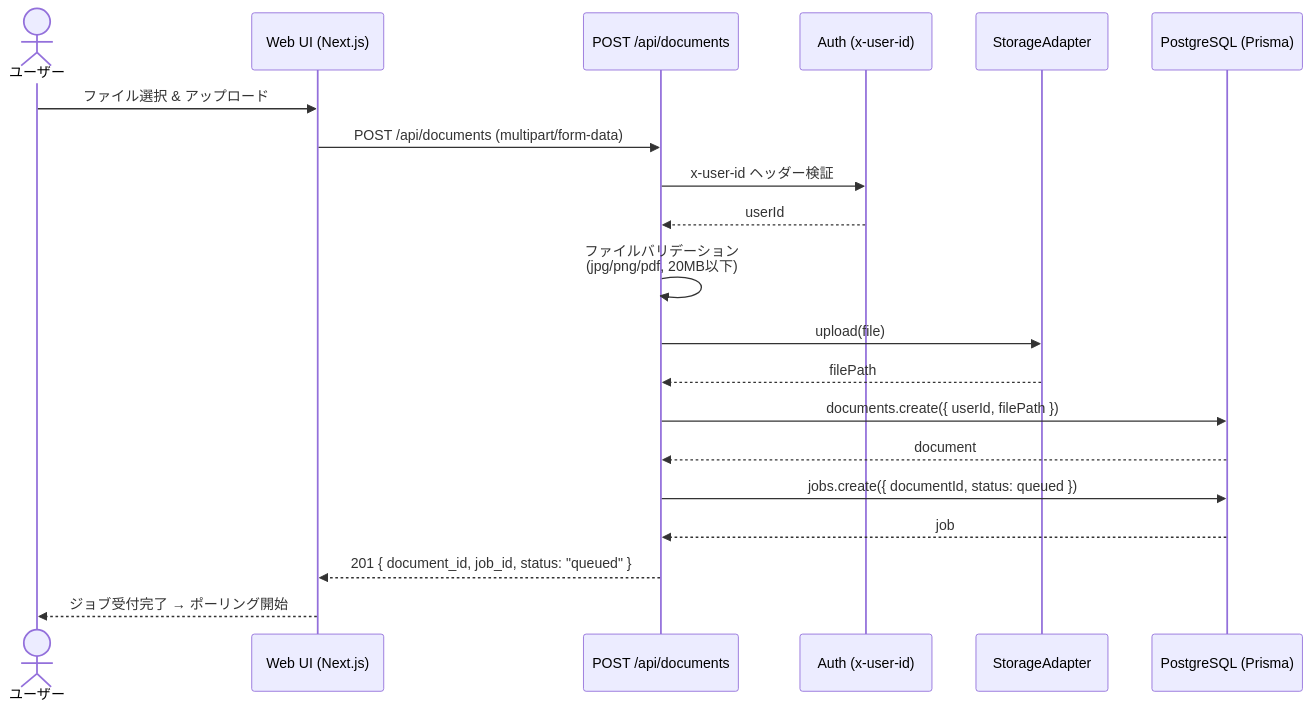
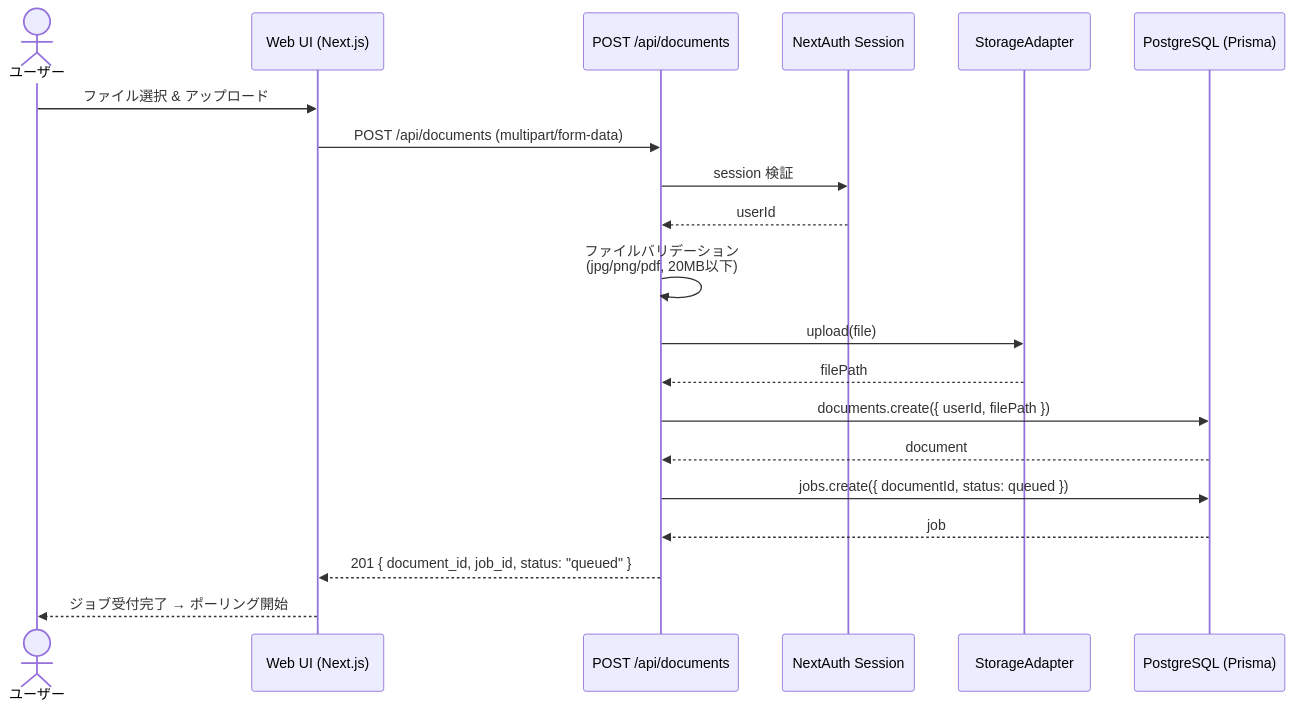
Before and after one commit to RivageEstate/OCRWebApp: the first of 4 diagrams in docs/design/20260306-sequence-diagrams.md, drawn with Mermaid. The commit also changed other lines of this file and 17 other files, not shown here.

````diff
--- a/docs/design/20260306-sequence-diagrams.md
+++ b/docs/design/20260306-sequence-diagrams.md
@@ -14,27 +14,27 @@
 ```mermaid
 sequenceDiagram
     actor User as ユーザー
     participant UI as Web UI (Next.js)
     participant API as POST /api/documents
-    participant Auth as Auth (x-user-id)
+    participant Auth as NextAuth Session
     participant Storage as StorageAdapter
     participant DB as PostgreSQL (Prisma)
 
     User->>UI: ファイル選択 & アップロード
     UI->>API: POST /api/documents (multipart/form-data)
-    API->>Auth: x-user-id ヘッダー検証
+    API->>Auth: session 検証
     Auth-->>API: userId
 
     API->>API: ファイルバリデーション<br/>(jpg/png/pdf, 20MB以下)
     API->>Storage: upload(file)
     Storage-->>API: filePath
 
     API->>DB: documents.create({ userId, filePath })
     DB-->>API: document
 
     API->>DB: jobs.create({ documentId, status: queued })
     DB-->>API: job
 
     API-->>UI: 201 { document_id, job_id, status: "queued" }
     UI-->>User: ジョブ受付完了 → ポーリング開始
 ```
````
